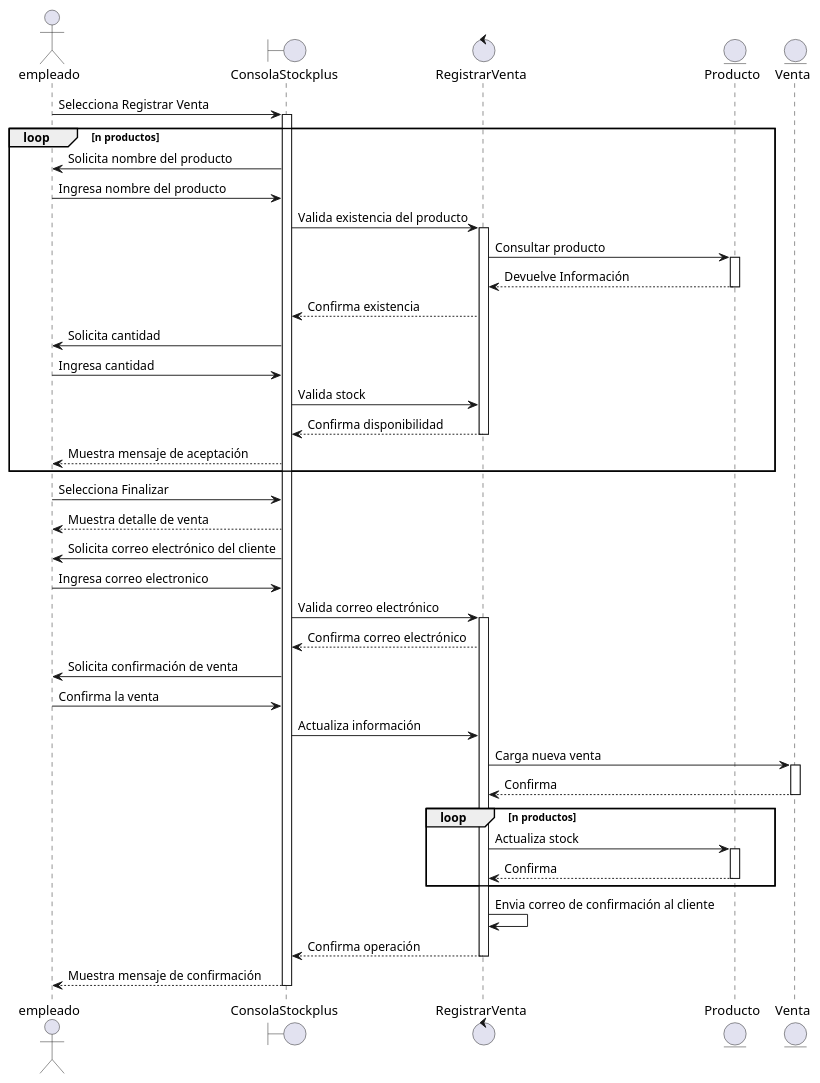
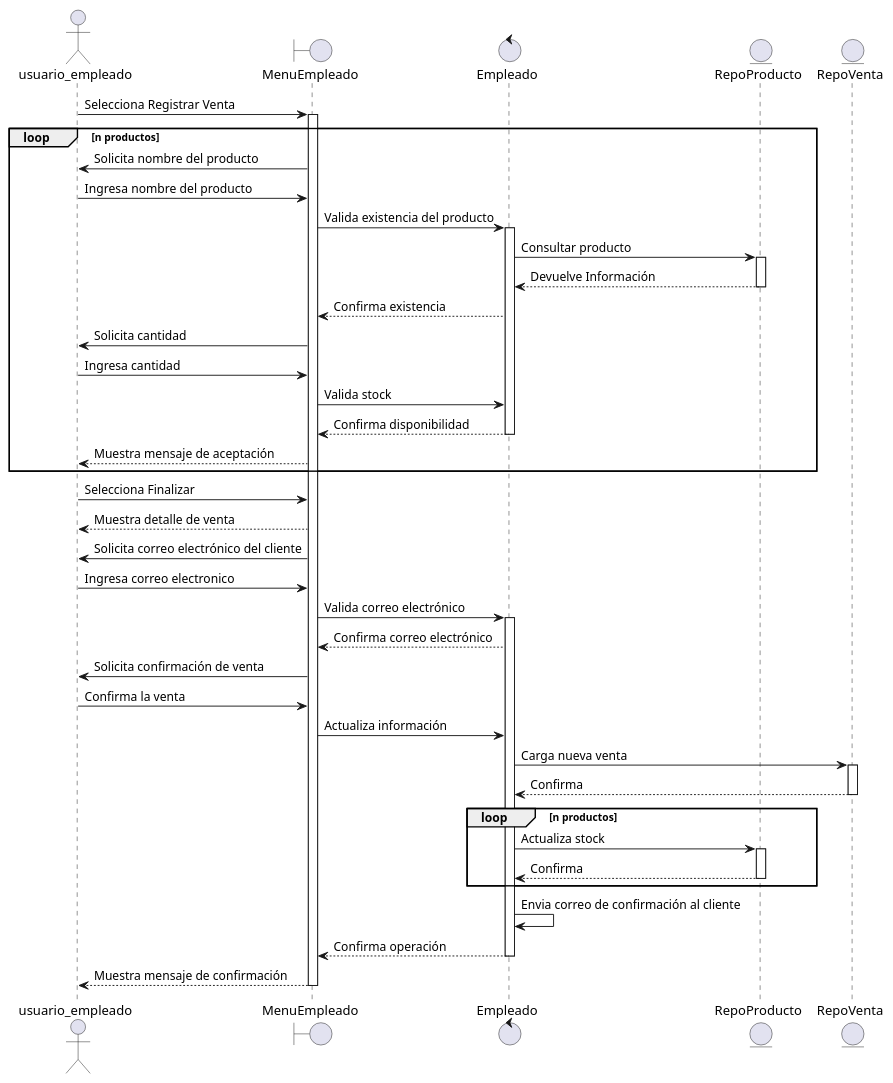
The diagram in src/docs/use_cases/registrar_venta.puml (Fiordalisi/stockplus), drawn with PlantUML before and after one commit. The commit also changed 7 other files, not shown here.

Commit message:
update diagrams

```diff
--- a/src/docs/use_cases/registrar_venta.puml
+++ b/src/docs/use_cases/registrar_venta.puml
@@ -1,57 +1,57 @@
 @startuml
-actor empleado
-boundary ConsolaStockplus
-control RegistrarVenta
-entity Producto
-entity Venta
+actor usuario_empleado
+boundary MenuEmpleado
+control Empleado
+entity RepoProducto
+entity RepoVenta
 
 
-empleado -> ConsolaStockplus: Selecciona Registrar Venta
-activate ConsolaStockplus
+usuario_empleado -> MenuEmpleado: Selecciona Registrar Venta
+activate MenuEmpleado
 loop n productos
-ConsolaStockplus -> empleado: Solicita nombre del producto
-empleado -> ConsolaStockplus: Ingresa nombre del producto
-ConsolaStockplus -> RegistrarVenta: Valida existencia del producto
-activate RegistrarVenta
-RegistrarVenta -> Producto: Consultar producto
-activate Producto
-Producto --> RegistrarVenta: Devuelve Información
-deactivate Producto
-RegistrarVenta --> ConsolaStockplus: Confirma existencia
-ConsolaStockplus -> empleado: Solicita cantidad
-empleado -> ConsolaStockplus: Ingresa cantidad
-ConsolaStockplus -> RegistrarVenta: Valida stock
-RegistrarVenta --> ConsolaStockplus: Confirma disponibilidad
-deactivate RegistrarVenta
-ConsolaStockplus --> empleado: Muestra mensaje de aceptación
+MenuEmpleado -> usuario_empleado: Solicita nombre del producto
+usuario_empleado -> MenuEmpleado: Ingresa nombre del producto
+MenuEmpleado -> Empleado: Valida existencia del producto
+activate Empleado
+Empleado -> RepoProducto: Consultar producto
+activate RepoProducto
+RepoProducto --> Empleado: Devuelve Información
+deactivate RepoProducto
+Empleado --> MenuEmpleado: Confirma existencia
+MenuEmpleado -> usuario_empleado: Solicita cantidad
+usuario_empleado -> MenuEmpleado: Ingresa cantidad
+MenuEmpleado -> Empleado: Valida stock
+Empleado --> MenuEmpleado: Confirma disponibilidad
+deactivate Empleado
+MenuEmpleado --> usuario_empleado: Muestra mensaje de aceptación
 end
 
-empleado -> ConsolaStockplus: Selecciona Finalizar
-ConsolaStockplus --> empleado: Muestra detalle de venta
-ConsolaStockplus -> empleado: Solicita correo electrónico del cliente
-empleado -> ConsolaStockplus: Ingresa correo electronico
-ConsolaStockplus -> RegistrarVenta: Valida correo electrónico
-activate RegistrarVenta
-RegistrarVenta --> ConsolaStockplus: Confirma correo electrónico
-ConsolaStockplus -> empleado: Solicita confirmación de venta
-empleado -> ConsolaStockplus: Confirma la venta
-ConsolaStockplus -> RegistrarVenta: Actualiza información
-RegistrarVenta -> Venta: Carga nueva venta
-activate Venta
-Venta --> RegistrarVenta: Confirma
-deactivate Venta
+usuario_empleado -> MenuEmpleado: Selecciona Finalizar
+MenuEmpleado --> usuario_empleado: Muestra detalle de venta
+MenuEmpleado -> usuario_empleado: Solicita correo electrónico del cliente
+usuario_empleado -> MenuEmpleado: Ingresa correo electronico
+MenuEmpleado -> Empleado: Valida correo electrónico
+activate Empleado
+Empleado --> MenuEmpleado: Confirma correo electrónico
+MenuEmpleado -> usuario_empleado: Solicita confirmación de venta
+usuario_empleado -> MenuEmpleado: Confirma la venta
+MenuEmpleado -> Empleado: Actualiza información
+Empleado -> RepoVenta: Carga nueva venta
+activate RepoVenta
+RepoVenta --> Empleado: Confirma
+deactivate RepoVenta
 loop n productos
-RegistrarVenta -> Producto: Actualiza stock
-activate Producto
-Producto --> RegistrarVenta: Confirma
-deactivate Producto
+Empleado -> RepoProducto: Actualiza stock
+activate RepoProducto
+RepoProducto --> Empleado: Confirma
+deactivate RepoProducto
 end
 
-RegistrarVenta -> RegistrarVenta: Envia correo de confirmación al cliente
-RegistrarVenta --> ConsolaStockplus: Confirma operación
-deactivate RegistrarVenta
-ConsolaStockplus --> empleado: Muestra mensaje de confirmación
+Empleado -> Empleado: Envia correo de confirmación al cliente
+Empleado --> MenuEmpleado: Confirma operación
+deactivate Empleado
+MenuEmpleado --> usuario_empleado: Muestra mensaje de confirmación
 
 
-deactivate ConsolaStockplus
+deactivate MenuEmpleado
 @enduml
```
